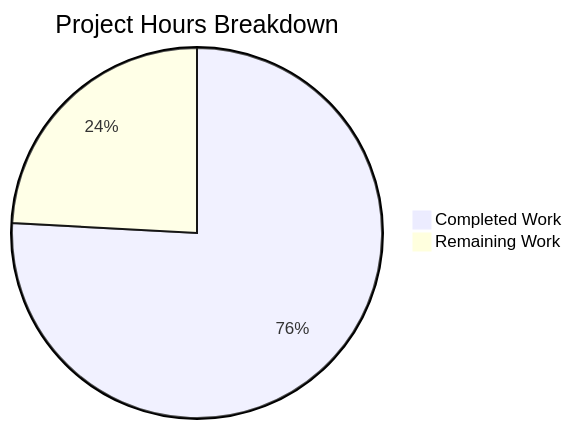
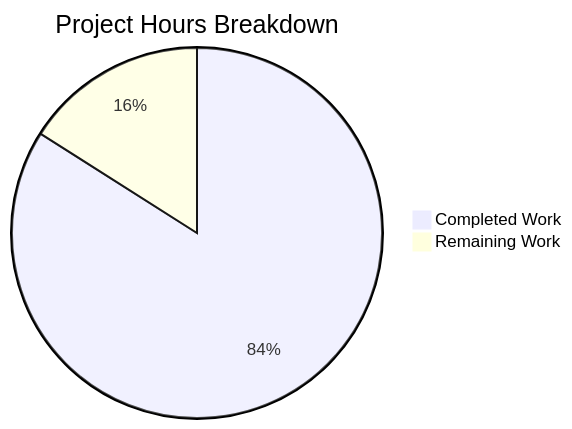
One commit to hardik-blitzy/react-weather-app changed the diagram in blitzy/documentation/Project Guide.md. Above: the diagram before and after it, drawn with Mermaid. The commit also changed other lines of this file, not shown here.

Commit message:
Adding Blitzy Project Guide: Project Status and Human Tasks Remaining

````diff
--- a/blitzy/documentation/Project Guide.md
+++ b/blitzy/documentation/Project Guide.md
@@ -77,5 +70,5 @@
 ```mermaid
 pie title Project Hours Breakdown
-    "Completed Work" : 22
-    "Remaining Work" : 7
+    "Completed Work" : 42
+    "Remaining Work" : 8
 ```
````
